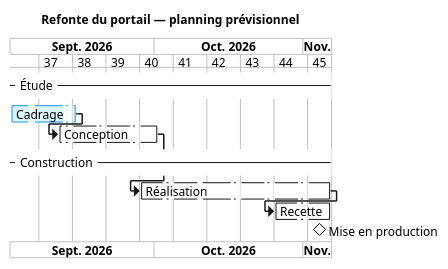
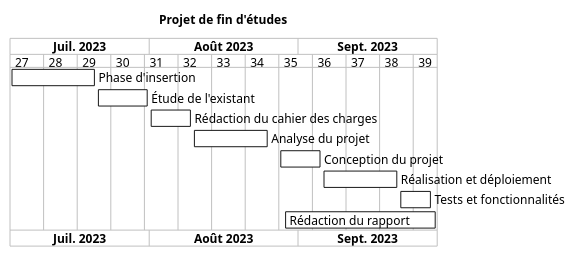
The diagram in templates/15-diagramme-gantt.puml (STALKER1709/PLANTUMLStudio), drawn with PlantUML before and after one commit. The commit also changed other lines of this file and 5 other files, not shown here.

First line of the commit message:
Saisir le Gantt par périodes, phases déjà nommées

```diff
--- a/templates/15-diagramme-gantt.puml
+++ b/templates/15-diagramme-gantt.puml
@@ -12,57 +15,51 @@
 @startgantt
 language fr
-title Refonte du portail — planning prévisionnel
+title Projet de fin d'études
 
 ' Le formalisme commun ne s'applique ici qu'en partie : un Gantt n'a ni
-' « element » ni « arrow ». Seuls la police et le fond sont repris ; les
-' couleurs des tâches se donnent une par une, avec « is colored in ».
+' « element » ni « arrow ». Seuls la police et le fond sont repris ; la
+' couleur d'une barre se donne au cas par cas, avec « is colored in ».
 <style>
 root {
   FontName "Segoe UI"
   FontSize 12
   BackGroundColor #FFFFFF
 }
 </style>
 
 ' ── Cadre temporel ───────────────────────────────────────────────────
-' La date d'ancrage s'écrit AAAA-MM-JJ. L'échelle change la graduation de
-' l'axe : daily, weekly ou monthly.
-Project starts 2026-09-01
+' « Project starts » est OBLIGATOIRE dès qu'une phase porte des dates :
+' sans lui, PlantUML refuse le diagramme (« No starting date for the
+' project »). La valeur est celle de la phase la plus précoce.
+' « projectscale » change la graduation de l'axe : daily, weekly, monthly.
+Project starts 2023-07-03
 projectscale weekly
 
 ' ── Phases ───────────────────────────────────────────────────────────
-' « -- Titre -- » ouvre un intertitre qui regroupe les tâches suivantes.
--- Étude --
+' Une période se borne par ses deux dates, au format AAAA-MM-JJ. C'est ce
+' qui permet à deux phases de se chevaucher — voir la rédaction du rapport,
+' menée en parallèle de la réalisation et des tests.
+[Phase d'insertion] starts 2023-07-03 and ends 2023-07-20
+[Étude de l'existant] starts 2023-07-21 and ends 2023-07-31
+[Rédaction du cahier des charges] starts 2023-08-01 and ends 2023-08-09
+[Analyse du projet] starts 2023-08-10 and ends 2023-08-25
+[Conception du projet] starts 2023-08-28 and ends 2023-09-05
+[Réalisation et déploiement] starts 2023-09-06 and ends 2023-09-21
+[Tests et fonctionnalités] starts 2023-09-22 and ends 2023-09-28
+[Rédaction du rapport] starts 2023-08-29 and ends 2023-09-29
 
-' Une tâche se déclare par sa durée. Sans « starts at », elle commence au
-' premier jour du projet.
-[Cadrage] lasts 10 days
-[Cadrage] is 100% completed
-[Cadrage] is colored in #D9F6FB/#1E90FF
-
-' L'enchaînement se lit « commence à la fin de » : c'est lui qui construit
-' le chemin, plutôt que des dates saisies une à une.
-[Conception] lasts 15 days
-[Conception] starts at [Cadrage]'s end
-[Conception] is 40% completed
-
--- Construction --
-
-[Réalisation] lasts 30 days
-[Réalisation] starts at [Conception]'s end
-
-[Recette] lasts 10 days
-[Recette] starts at [Réalisation]'s end
-
-' ── Jalon ────────────────────────────────────────────────────────────
-' Un jalon n'a pas de durée : il marque un point de contrôle, ici la fin
-' de la recette.
-[Mise en production] happens at [Recette]'s end
-
-' ── Jours non travaillés ─────────────────────────────────────────────
-' Les jours fermés sont retirés du calcul : une tâche de 10 jours posée un
-' jeudi finit le jeudi suivant, week-ends déduits.
-saturday are closed
-sunday are closed
-2026-12-25 is closed
+' ── Pour aller plus loin ─────────────────────────────────────────────
+' Avancement d'une phase, qui la hachure partiellement :
+'   [Analyse du projet] is 40% completed
+'
+' Jalon — un point de contrôle sans durée, posé à la fin d'une phase :
+'   [Soutenance] happens at [Rédaction du rapport]'s end
+'
+' Couleur d'une barre, fond puis bordure :
+'   [Analyse du projet] is colored in #D9F6FB/#1E90FF
+'
+' Jours non travaillés. Sur une période bornée par deux dates, ils ne
+' déplacent rien : la barre est seulement coupée d'une zone grisée.
+'   saturday are closed
+'   2023-08-15 is closed
 @endgantt
```
